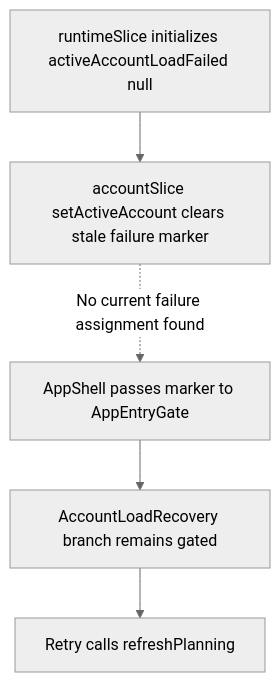
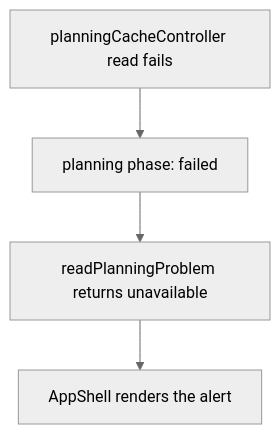
The second of 2 diagrams in user-stories/navigation/US-NAV-20-account-load-recovery.md (Kevinjohn/capacitylens), drawn with Mermaid (neutral theme) before and after one commit. The commit also changed other lines of this file and 14 other files, not shown here.

First line of the commit message:
refactor(frontend): delete the unreachable company-load recovery screen

````diff
--- a/user-stories/navigation/US-NAV-20-account-load-recovery.md
+++ b/user-stories/navigation/US-NAV-20-account-load-recovery.md
@@ -32,7 +30,6 @@
 ```mermaid
 flowchart TD
-  initial["runtimeSlice initializes activeAccountLoadFailed null"] --> clear["accountSlice setActiveAccount clears stale failure marker"]
-  clear -. "No current failure assignment found" .-> shell["AppShell passes marker to AppEntryGate"]
-  shell --> gate["AccountLoadRecovery branch remains gated"]
-  gate --> retry["Retry calls refreshPlanning"]
+  read["planningCacheController read fails"] --> phase["planning phase: failed"]
+  phase --> notice["readPlanningProblem returns unavailable"]
+  notice --> shell["AppShell renders the alert"]
 ```
````
